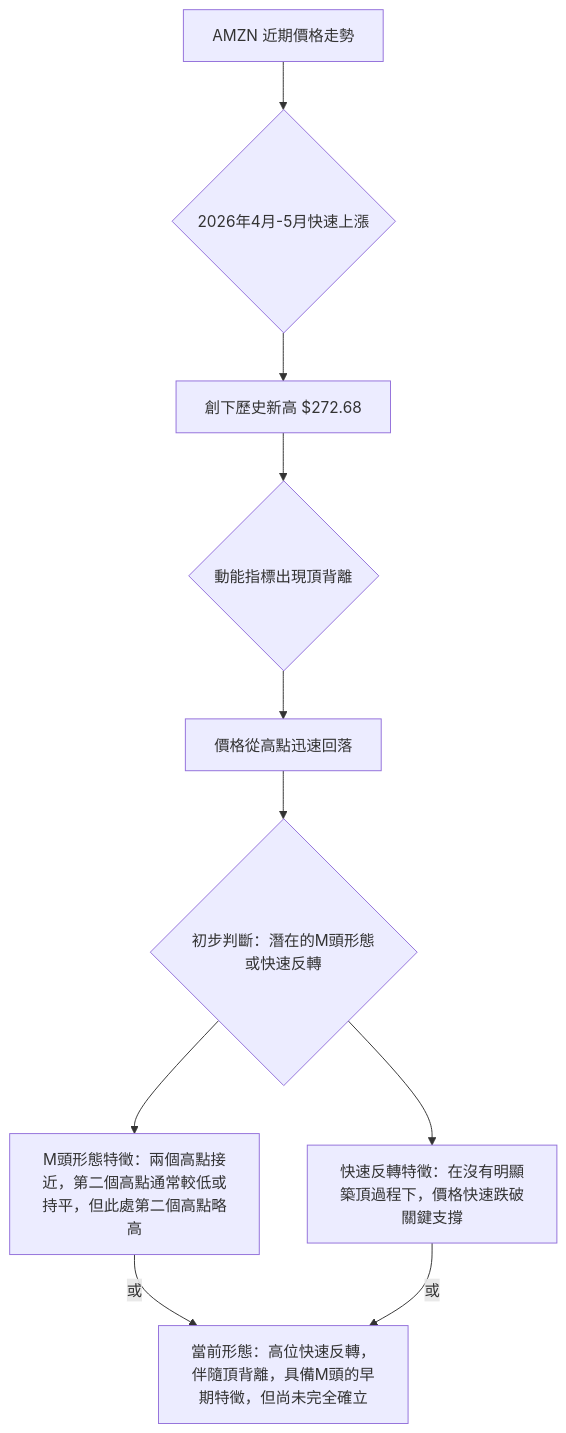
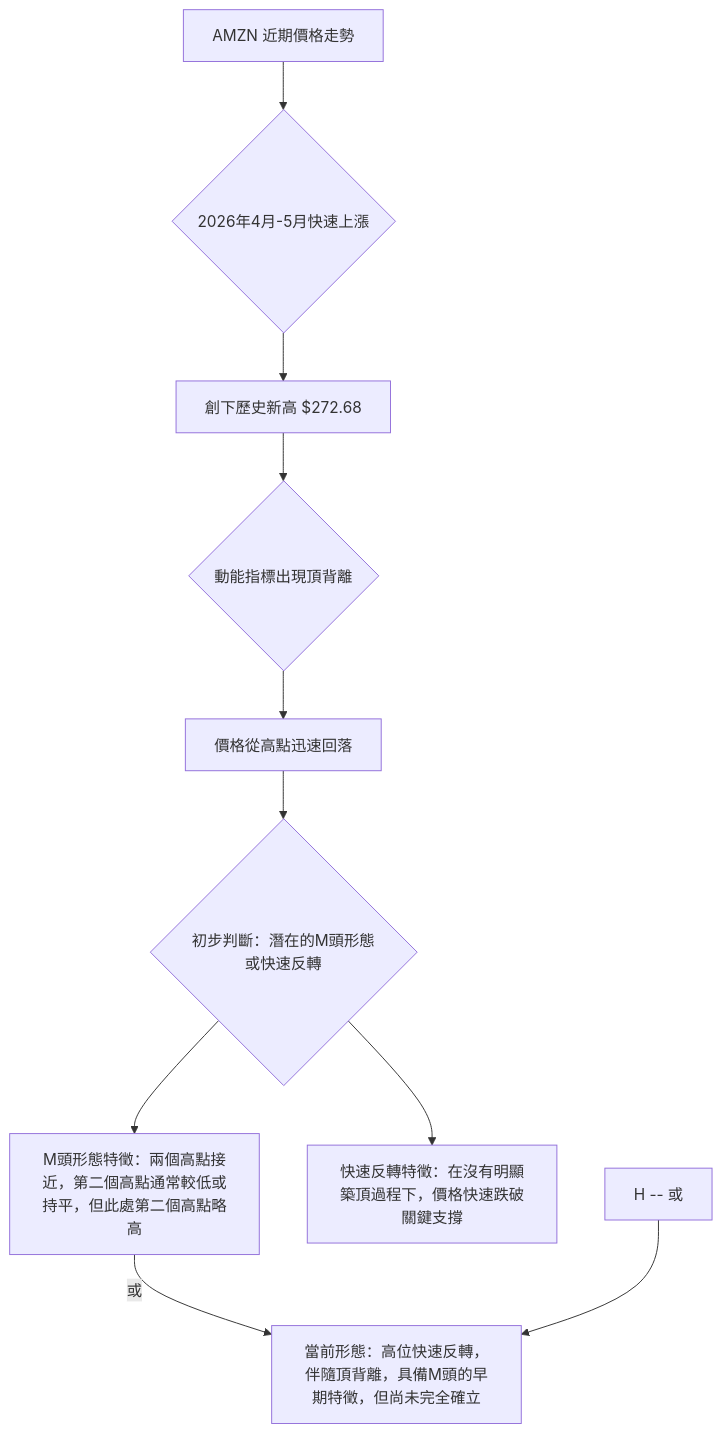
One commit to yennanliu/finance_data changed the fourth of 7 diagrams in ai_gen_report/stock/amzn/technical_analysis_2026-06-05_gemini.md. Above: the diagram before and after it, drawn with Mermaid. The commit also changed other lines of this file and 2258 other files, not shown here.

First line of the commit message:
chore: backfill Mermaid syntax repair across existing reports

````diff
--- a/ai_gen_report/stock/amzn/technical_analysis_2026-06-05_gemini.md
+++ b/ai_gen_report/stock/amzn/technical_analysis_2026-06-05_gemini.md
@@ -260,12 +260,12 @@
 ```mermaid
 graph TD
-    A[AMZN 近期價格走勢] --> B{2026年4月-5月快速上漲}
-    B --> C[創下歷史新高 $272.68]
-    C --> D{動能指標出現頂背離}
-    D --> E[價格從高點迅速回落]
-    E --> F{初步判斷：潛在的M頭形態或快速反轉}
-    F --> G[M頭形態特徵：兩個高點接近，第二個高點通常較低或持平，但此處第二個高點略高]
-    F --> H[快速反轉特徵：在沒有明顯築頂過程下，價格快速跌破關鍵支撐]
-    G -- 或 --> I[當前形態：高位快速反轉，伴隨頂背離，具備M頭的早期特徵，但尚未完全確立]
-    H -- 或 --> I
+    A["AMZN 近期價格走勢"] --> B{"2026年4月-5月快速上漲"}
+    B --> C["創下歷史新高 $272.68"]
+    C --> D{"動能指標出現頂背離"}
+    D --> E["價格從高點迅速回落"]
+    E --> F{"初步判斷：潛在的M頭形態或快速反轉"}
+    F --> G["M頭形態特徵：兩個高點接近，第二個高點通常較低或持平，但此處第二個高點略高"]
+    F --> H["快速反轉特徵：在沒有明顯築頂過程下，價格快速跌破關鍵支撐"]
+    G -- 或 --> I["當前形態：高位快速反轉，伴隨頂背離，具備M頭的早期特徵，但尚未完全確立"]
+    nb1["H -- 或"] --> I
 ```
````
